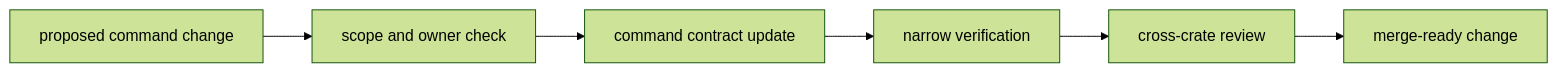
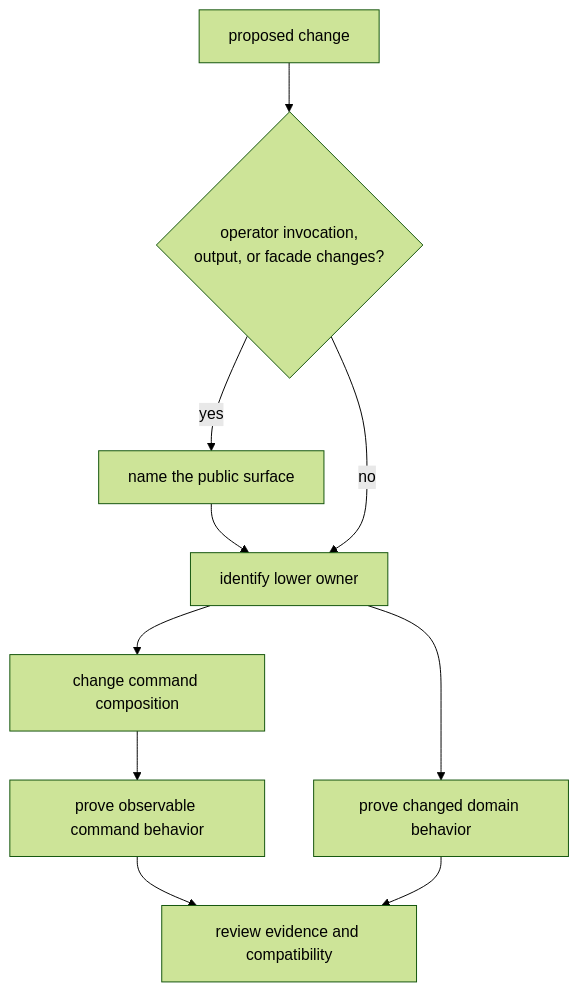
Before and after one commit to bijux/bijux-telecom: the first of 2 diagrams in docs/01-bijux-gnss/operations/index.md, drawn with Mermaid (forest theme). The commit also changed other lines of this file and 1 other file, not shown here.

Commit message:
docs(command): connect safe changes to bounded proof

````diff
--- a/docs/01-bijux-gnss/operations/index.md
+++ b/docs/01-bijux-gnss/operations/index.md
@@ -18,11 +19,19 @@
 ```mermaid
-flowchart LR
-    change["proposed command change"]
-    scope["scope and owner check"]
-    docs["command contract update"]
-    tests["narrow verification"]
-    review["cross-crate review"]
-    release["merge-ready change"]
+flowchart TD
+    change["proposed change"]
+    visible{"operator invocation,<br/>output, or facade changes?"}
+    surface["name the public surface"]
+    owner["identify lower owner"]
+    implementation["change command composition"]
+    command_proof["prove observable command behavior"]
+    owner_proof["prove changed domain behavior"]
+    review["review evidence and compatibility"]
 
-    change --> scope --> docs --> tests --> review --> release
+    change --> visible
+    visible -- yes --> surface --> owner
+    visible -- no --> owner
+    owner --> implementation --> command_proof
+    owner --> owner_proof
+    command_proof --> review
+    owner_proof --> review
 ```
````
